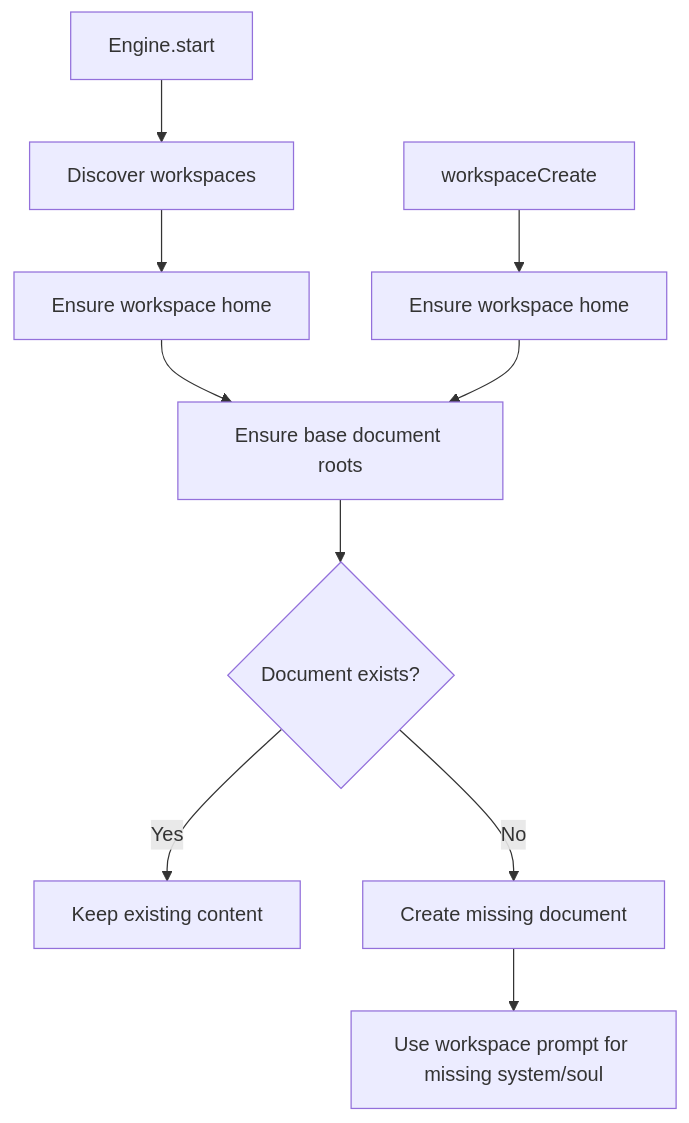
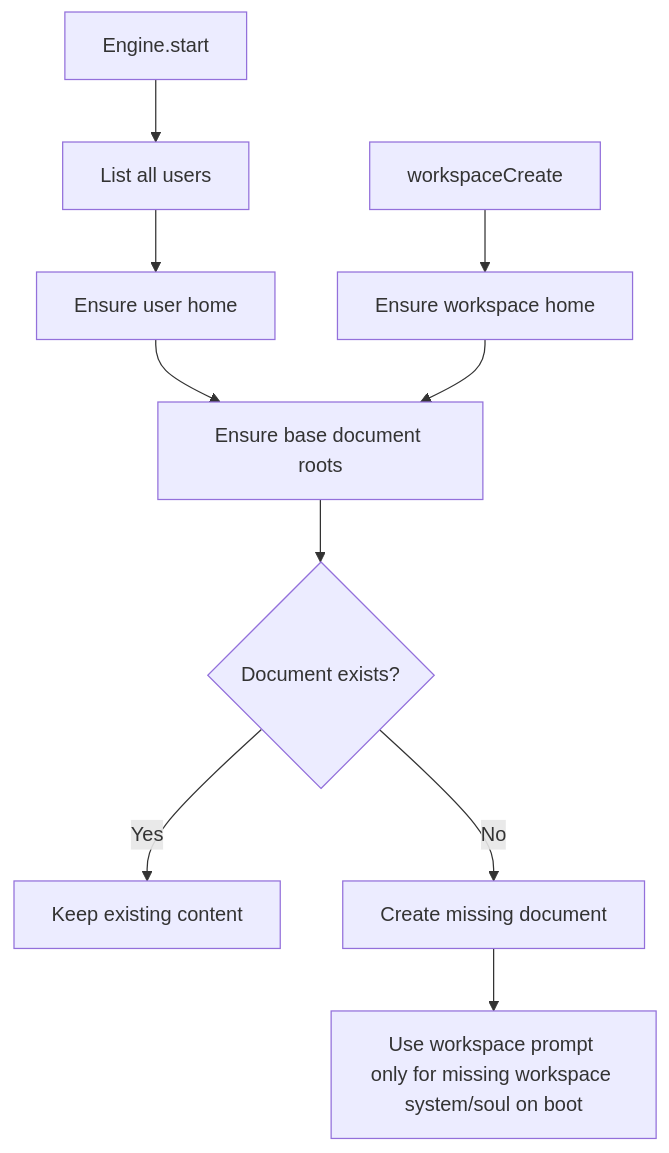
The diagram in doc/20260307-workspace-document-bootstrap.md (ex3ndr/daycare), drawn with Mermaid before and after one commit. The commit also changed other lines of this file and 2 other files, not shown here.

Commit message:
fix(engine): bootstrap all user documents

````diff
--- a/doc/20260307-workspace-document-bootstrap.md
+++ b/doc/20260307-workspace-document-bootstrap.md
@@ -20,12 +21,12 @@
 ```mermaid
 flowchart TD
-    A[Engine.start] --> B[Discover workspaces]
-    B --> C[Ensure workspace home]
+    A[Engine.start] --> B[List all users]
+    B --> C[Ensure user home]
     C --> D[Ensure base document roots]
     E[workspaceCreate] --> F[Ensure workspace home]
     F --> D
     D --> G{Document exists?}
     G -->|Yes| H[Keep existing content]
     G -->|No| I[Create missing document]
-    I --> J[Use workspace prompt for missing system/soul]
+    I --> J[Use workspace prompt only for missing workspace system/soul on boot]
 ```
````
